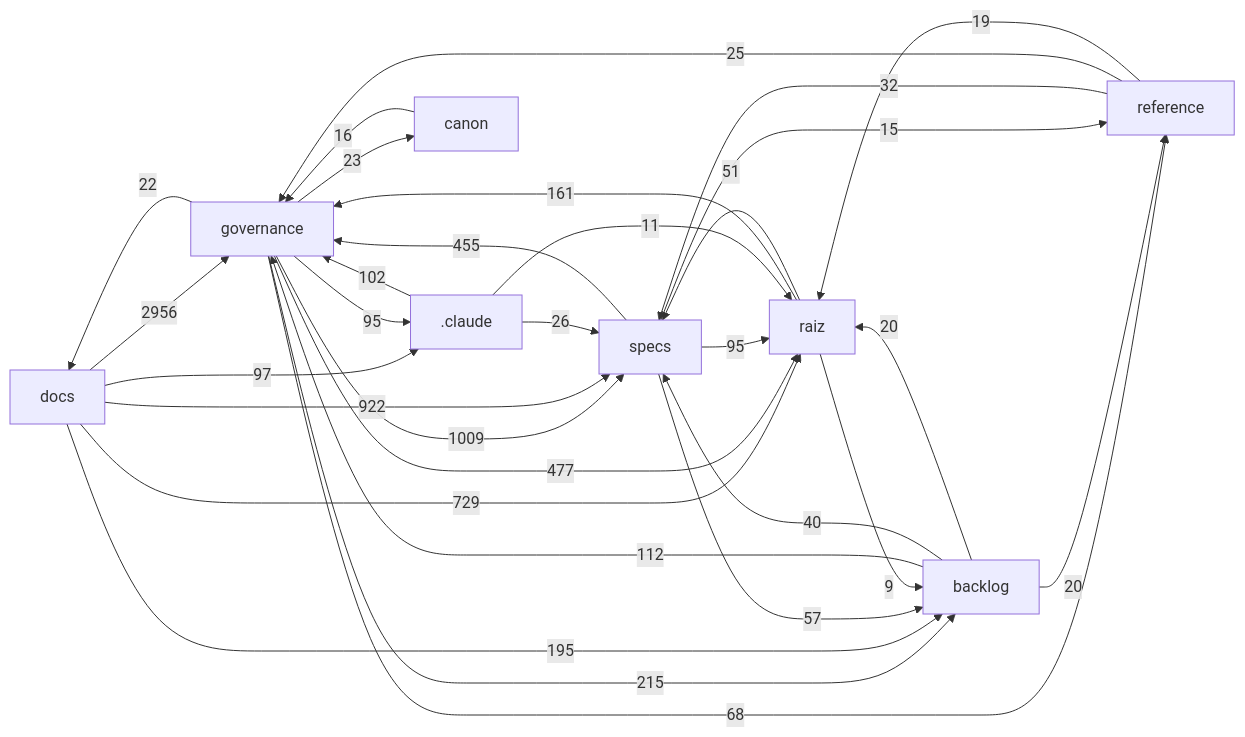
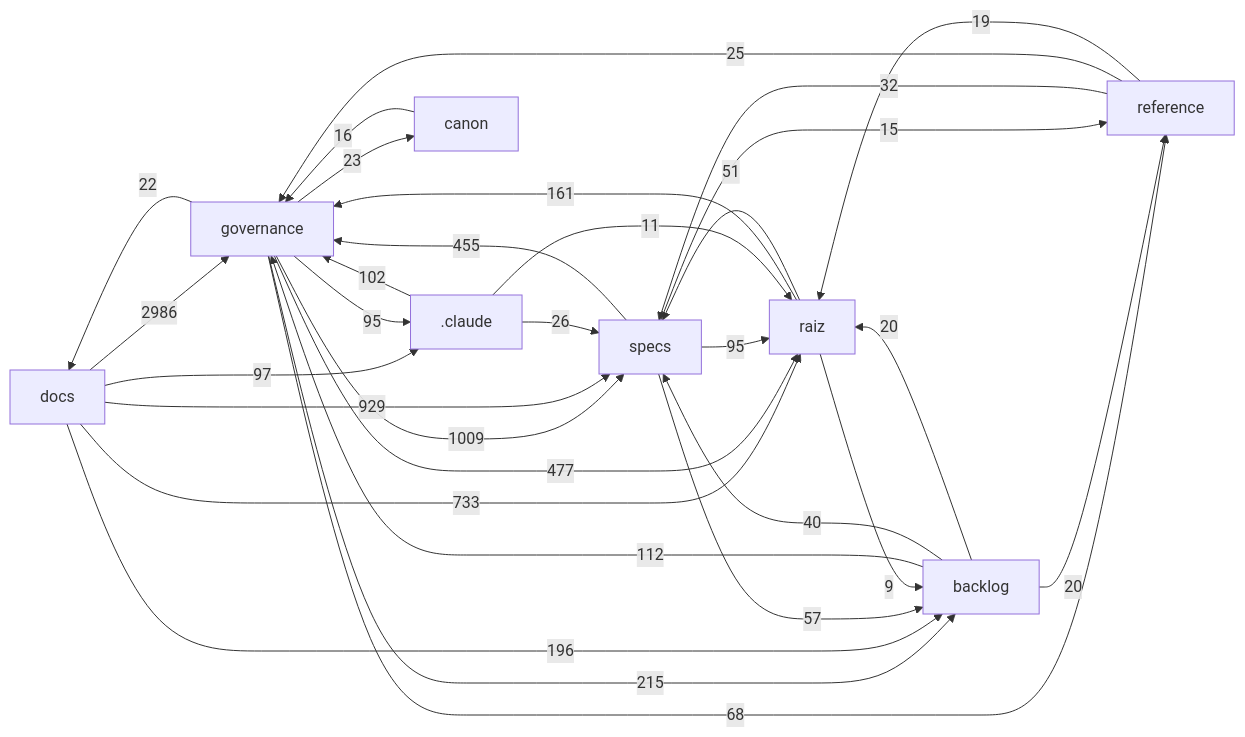
One commit to Andraus35/Sistema-Operacional-de-Trading--SOT changed the diagram in docs/mapa/MAPA-PROJETO.md. Above: the diagram before and after it, drawn with Mermaid. The commit also changed other lines of this file and 8 other files, not shown here.

````diff
--- a/docs/mapa/MAPA-PROJETO.md
+++ b/docs/mapa/MAPA-PROJETO.md
@@ -29,33 +29,33 @@
 ```mermaid
 flowchart LR
-  docs["docs"] -->|2956| governance["governance"]
+  docs["docs"] -->|2986| governance["governance"]
   governance["governance"] -->|1009| specs["specs"]
-  docs["docs"] -->|922| specs["specs"]
-  docs["docs"] -->|729| raiz["raiz"]
+  docs["docs"] -->|929| specs["specs"]
+  docs["docs"] -->|733| raiz["raiz"]
   governance["governance"] -->|477| raiz["raiz"]
   specs["specs"] -->|455| governance["governance"]
   governance["governance"] -->|215| backlog["backlog"]
-  docs["docs"] -->|195| backlog["backlog"]
+  docs["docs"] -->|196| backlog["backlog"]
   raiz["raiz"] -->|161| governance["governance"]
   backlog["backlog"] -->|112| governance["governance"]
   _claude[".claude"] -->|102| governance["governance"]
   docs["docs"] -->|97| _claude[".claude"]
   governance["governance"] -->|95| _claude[".claude"]
   specs["specs"] -->|95| raiz["raiz"]
   governance["governance"] -->|68| reference["reference"]
   specs["specs"] -->|57| backlog["backlog"]
   raiz["raiz"] -->|51| specs["specs"]
   backlog["backlog"] -->|40| specs["specs"]
   reference["reference"] -->|32| specs["specs"]
   _claude[".claude"] -->|26| specs["specs"]
   reference["reference"] -->|25| governance["governance"]
   governance["governance"] -->|23| canon["canon"]
   governance["governance"] -->|22| docs["docs"]
   backlog["backlog"] -->|20| raiz["raiz"]
   backlog["backlog"] -->|20| reference["reference"]
   reference["reference"] -->|19| raiz["raiz"]
   canon["canon"] -->|16| governance["governance"]
   specs["specs"] -->|15| reference["reference"]
   _claude[".claude"] -->|11| raiz["raiz"]
   raiz["raiz"] -->|9| backlog["backlog"]
 ```
````
